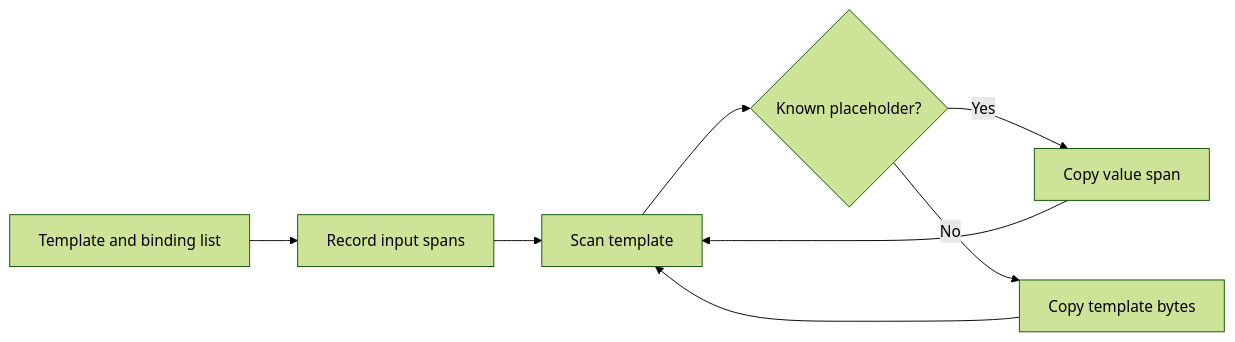
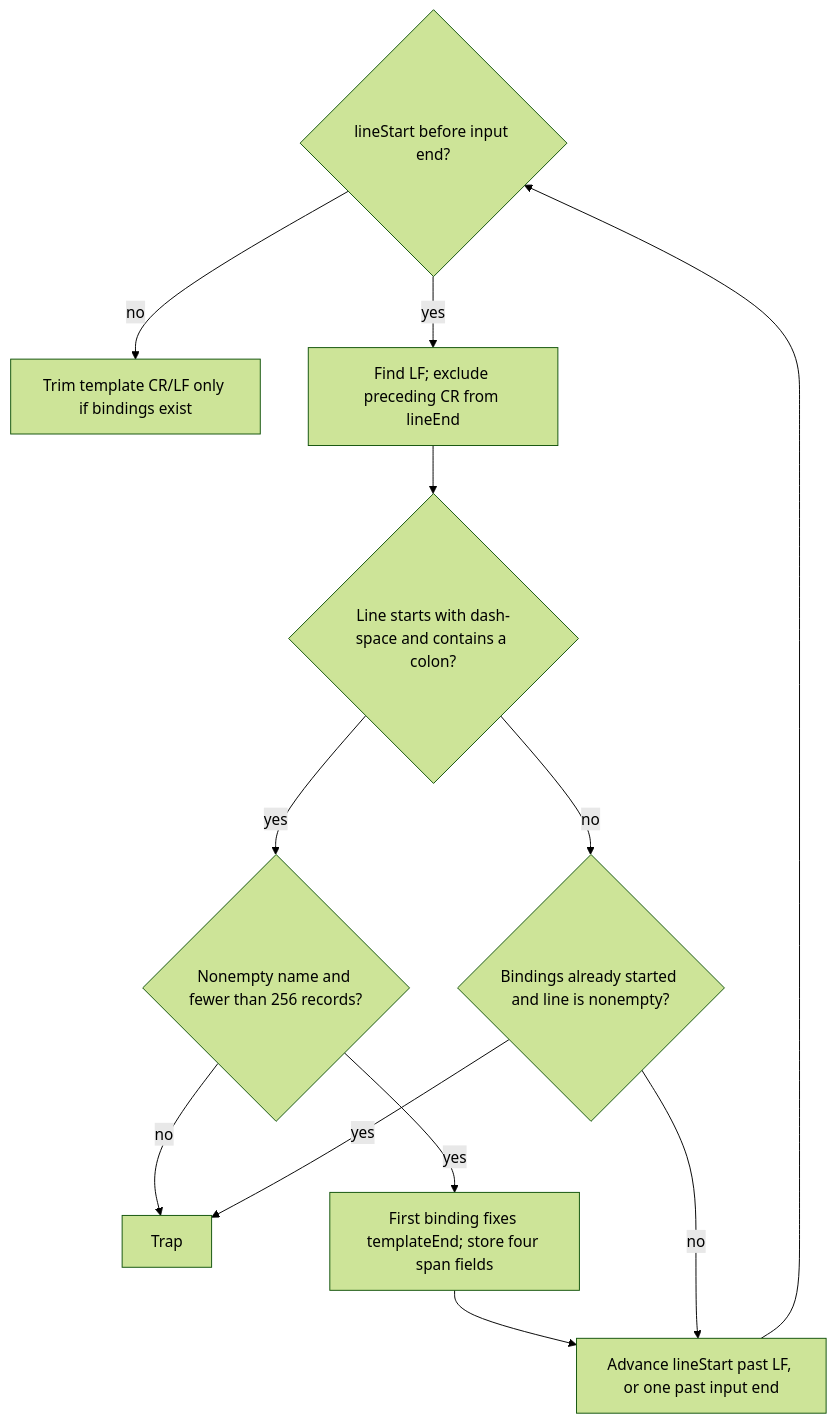
The first of 2 diagrams in dev/microwasm/transforms/03-mad-libs.md (macchiato-dev/macchiato), drawn with Mermaid (forest theme) before and after one commit. The commit also changed other lines of this file and 7 other files, not shown here.

Commit message:
Explain MicroWASM function loops with branch diagrams and cursor traces

````diff
--- a/dev/microwasm/transforms/03-mad-libs.md
+++ b/dev/microwasm/transforms/03-mad-libs.md
@@ -51,10 +58,14 @@
 ```mermaid
-flowchart LR
-    A[Template and binding list] --> B[Record input spans]
-    B --> C[Scan template]
-    C --> D{Known placeholder?}
-    D -- Yes --> E[Copy value span]
-    D -- No --> F[Copy template bytes]
-    E --> C
-    F --> C
+flowchart TD
+    A{lineStart before input end?} -- no --> T[Trim template CR/LF only if bindings exist]
+    A -- yes --> B[Find LF; exclude preceding CR from lineEnd]
+    B --> C{Line starts with dash-space and contains a colon?}
+    C -- yes --> D{Nonempty name and fewer than 256 records?}
+    D -- no --> X[Trap]
+    D -- yes --> E[First binding fixes templateEnd; store four span fields]
+    E --> N[Advance lineStart past LF, or one past input end]
+    C -- no --> F{Bindings already started and line is nonempty?}
+    F -- yes --> X
+    F -- no --> N
+    N --> A
 ```
````
